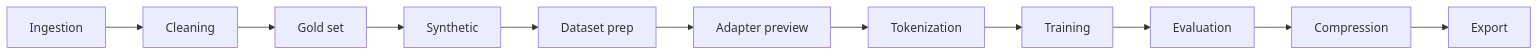
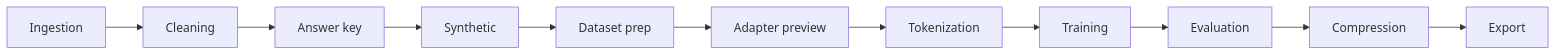
The third of 4 diagrams in slm-docs/docs/concepts/architecture.md (TensorGreed/__SLM__), drawn with Mermaid before and after one commit. The commit also changed 126 other files, not shown here.

````diff
--- a/slm-docs/docs/concepts/architecture.md
+++ b/slm-docs/docs/concepts/architecture.md
@@ -57,7 +57,7 @@
 ```mermaid
 flowchart LR
-  i[Ingestion] --> c[Cleaning] --> g[Gold set]
+  i[Ingestion] --> c[Cleaning] --> g[Answer key]
   g --> s[Synthetic] --> p[Dataset prep] --> a[Adapter preview]
   a --> t[Tokenization] --> tr[Training] --> e[Evaluation]
   e --> co[Compression] --> ex[Export]
 ```
````
